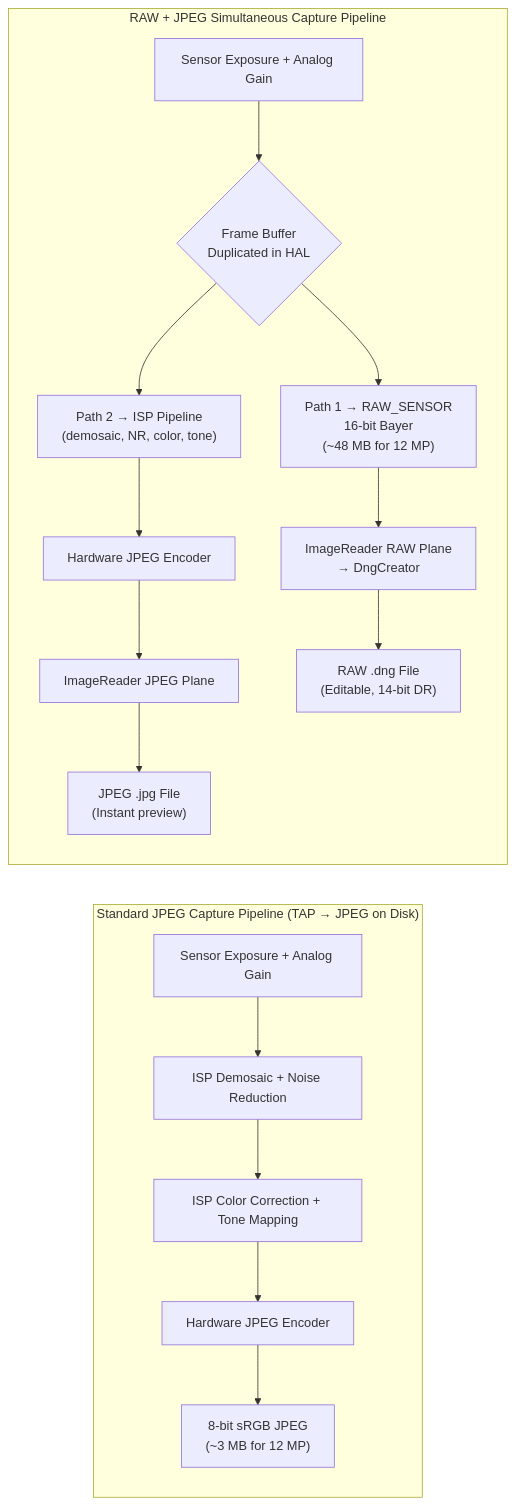
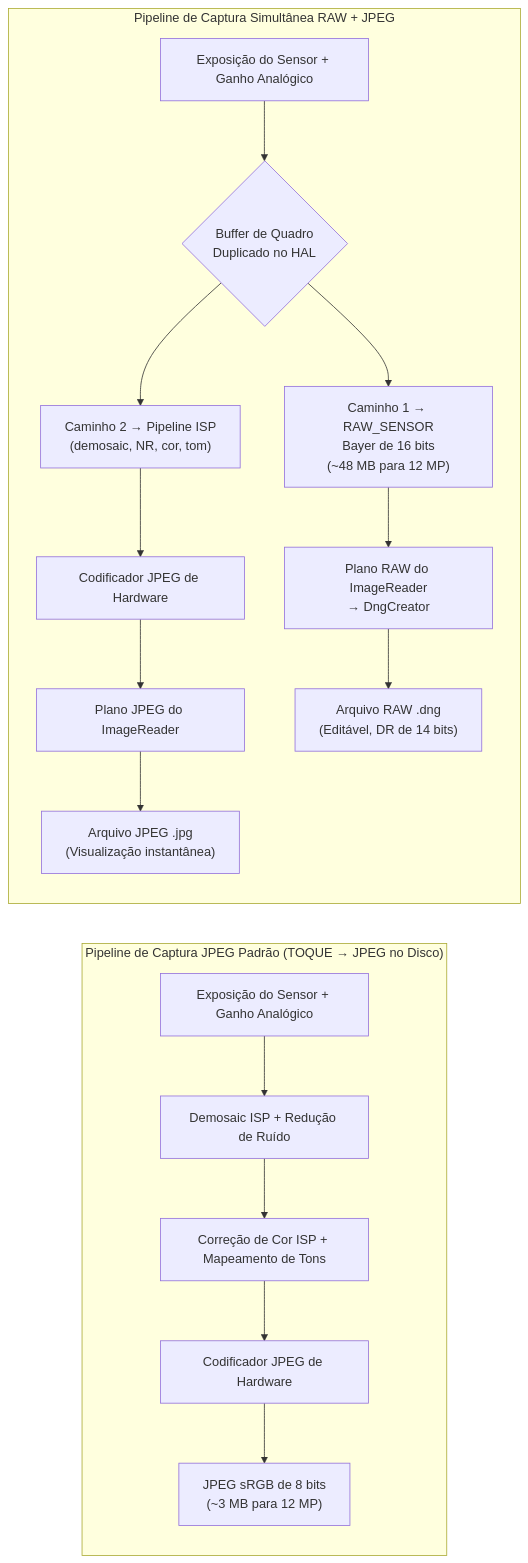
The third of 3 diagrams in website/i18n/pt-BR/docusaurus-plugin-content-docs/current/camera2/raw-photography.md (zoozooll/AndroidCameraParameters), drawn with Mermaid before and after one commit. The commit also changed other lines of this file and 378 other files, not shown here.

````diff
--- a/website/i18n/pt-BR/docusaurus-plugin-content-docs/current/camera2/raw-photography.md
+++ b/website/i18n/pt-BR/docusaurus-plugin-content-docs/current/camera2/raw-photography.md
@@ -325,20 +325,20 @@
 ```mermaid
 flowchart LR
-    subgraph Standard["Standard JPEG Capture Pipeline (TAP → JPEG on Disk)"]
-        A[Sensor Exposure + Analog Gain] --> B[ISP Demosaic + Noise Reduction]
-        B --> C[ISP Color Correction + Tone Mapping]
-        C --> D[Hardware JPEG Encoder]
-        D --> E["8-bit sRGB JPEG\n(~3 MB for 12 MP)"]
+    subgraph Standard["Pipeline de Captura JPEG Padrão (TOQUE → JPEG no Disco)"]
+        A["Exposição do Sensor + Ganho Analógico"] --> B["Demosaic ISP + Redução de Ruído"]
+        B --> C[Correção de Cor ISP + Mapeamento de Tons]
+        C --> D[Codificador JPEG de Hardware]
+        D --> E["JPEG sRGB de 8 bits<br/>(~3 MB para 12 MP)"]
     end
 
-    subgraph RawCapture["RAW + JPEG Simultaneous Capture Pipeline"]
-        F[Sensor Exposure + Analog Gain] --> G{Frame Buffer\nDuplicated in HAL}
-        G --> H["Path 1 → RAW_SENSOR\n16-bit Bayer\n(~48 MB for 12 MP)"]
-        G --> I["Path 2 → ISP Pipeline\n(demosaic, NR, color, tone)"]
-        I --> J[Hardware JPEG Encoder]
-        H --> K["ImageReader RAW Plane\n→ DngCreator"]
-        J --> L["ImageReader JPEG Plane"]
-        K --> M["RAW .dng File\n(Editable, 14-bit DR)"]
-        L --> N["JPEG .jpg File\n(Instant preview)"]
+    subgraph RawCapture["Pipeline de Captura Simultânea RAW + JPEG"]
+        F["Exposição do Sensor + Ganho Analógico"] --> G{Buffer de Quadro<br/>Duplicado no HAL}
+        G --> H["Caminho 1 → RAW_SENSOR<br/>Bayer de 16 bits<br/>(~48 MB para 12 MP)"]
+        G --> I["Caminho 2 → Pipeline ISP<br/>(demosaic, NR, cor, tom)"]
+        I --> J[Codificador JPEG de Hardware]
+        H --> K["Plano RAW do ImageReader<br/>→ DngCreator"]
+        J --> L["Plano JPEG do ImageReader"]
+        K --> M["Arquivo RAW .dng<br/>(Editável, DR de 14 bits)"]
+        L --> N["Arquivo JPEG .jpg<br/>(Visualização instantânea)"]
     end
 ```
````
